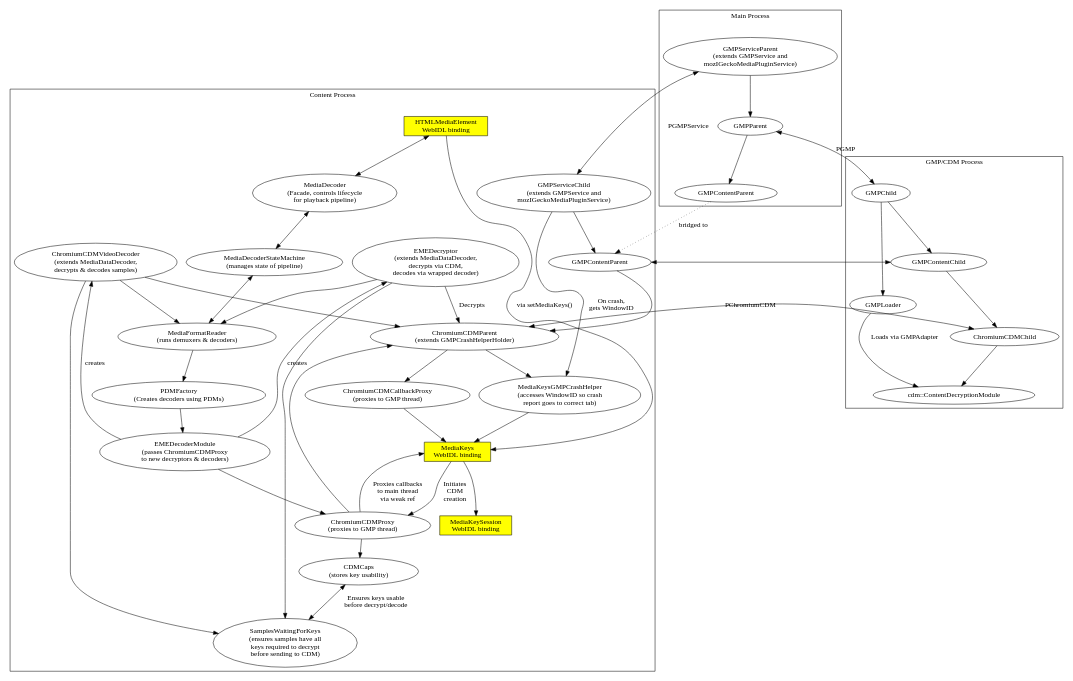
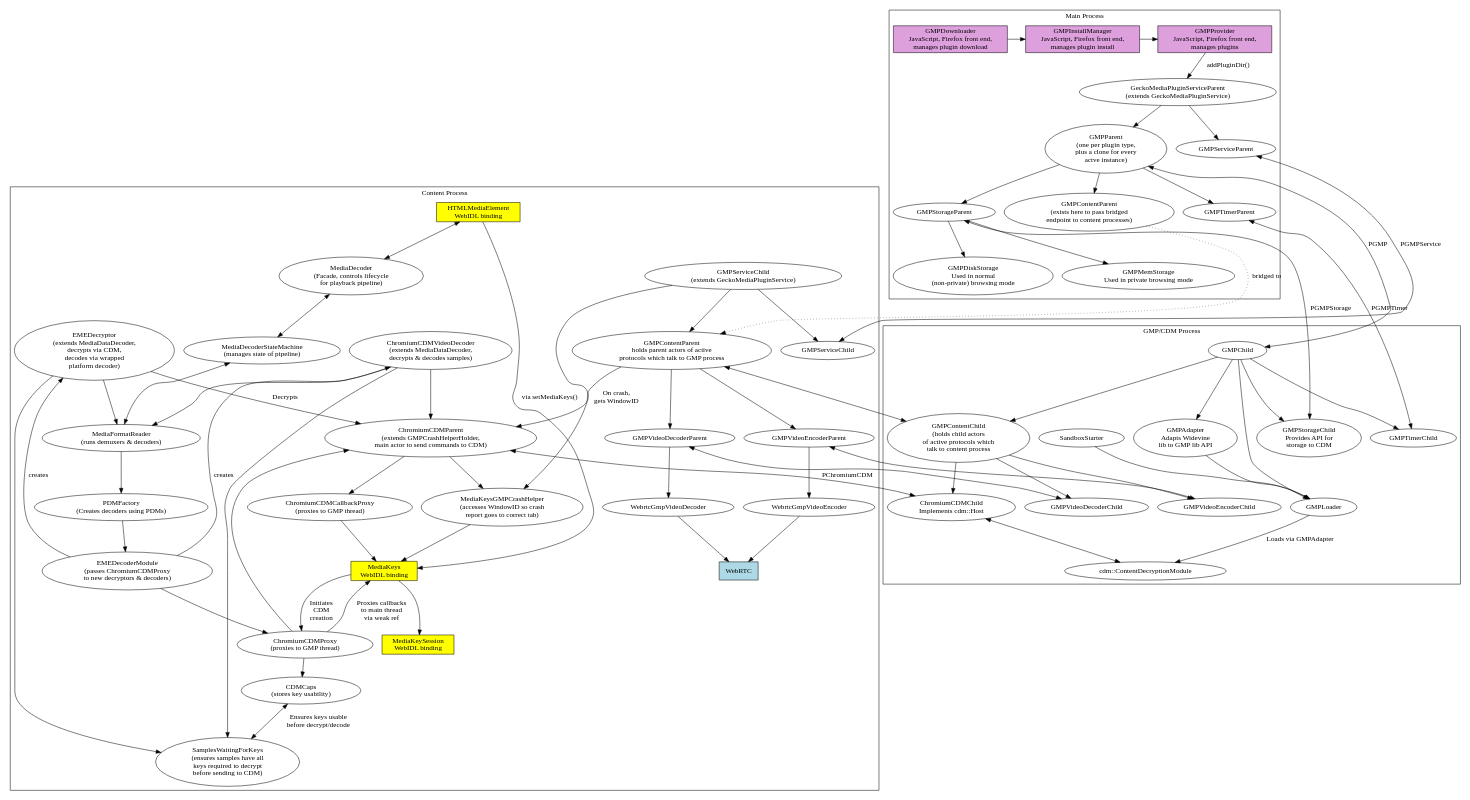
Before and after one commit to cpearce/gecko-media-plugins-architecture: the diagram in gmp.dot, drawn with Graphviz.

Commit message:
Add more details of GMP.

```diff
--- a/gmp.dot
+++ b/gmp.dot
@@ -1,91 +1,148 @@
 digraph {
     subgraph cluster_main_process {
         label = "Main Process";
-        GMPServiceParent -> GMPParent
+        GeckoMediaPluginServiceParent -> GMPParent
         GMPParent -> main_GMPContentParent
 
-        main_GMPContentParent [label="GMPContentParent"]
-        GMPServiceParent [label="GMPServiceParent\n(extends GMPService and\nmozIGeckoMediaPluginService)"]
+        main_GMPContentParent [label="GMPContentParent\n(exists here to pass bridged\nendpoint to content processes)"]
+        GeckoMediaPluginServiceParent [label="GeckoMediaPluginServiceParent\n(extends GeckoMediaPluginService)"]
+        GMPParent [label="GMPParent\n(one per plugin type,\nplus a clone for every\nactve instance)"]
+
+        GeckoMediaPluginServiceParent -> GMPServiceParent
+        GMPParent -> GMPStorageParent
+        GMPStorageParent [label="GMPStorageParent"]
+        GMPParent -> GMPTimerParent
+
+        GMPProvider [label="GMPProvider\nJavaScript, Firefox front end,\nmanages plugins", shape=box, style=filled, fillcolor=plum]
+        GMPInstallManager [label="GMPInstallManager\nJavaScript, Firefox front end,\nmanages plugin install", shape=box, style=filled, fillcolor=plum]
+        GMPDownloader [label="GMPDownloader\nJavaScript, Firefox front end,\nmanages plugin download", shape=box, style=filled, fillcolor=plum]
+        GMPProvider -> GeckoMediaPluginServiceParent [label="  addPluginDir()"]
+        GMPDownloader -> GMPInstallManager
+        GMPInstallManager -> GMPProvider
+        {rank=same GMPProvider GMPInstallManager GMPDownloader}
+
+        GMPDiskStorage [label="GMPDiskStorage\nUsed in normal\n(non-private) browsing mode"]
+        GMPMemStorage [label="GMPMemStorage\nUsed in private browsing mode"]
+
+        GMPStorageParent -> GMPDiskStorage
+        GMPStorageParent -> GMPMemStorage
     }
 
     main_GMPContentParent -> content_GMPContentParent [style=dotted, label="bridged to"]
 
     subgraph cluster_gmp_process {
         label = "GMP/CDM Process"
+
+        GMPAdapter [label="GMPAdapter\nAdapts Widevine\nlib to GMP lib API"]
+        GMPStorageChild [label="GMPStorageChild\nProvides API for\n storage to CDM"]
+        ChromiumCDMChild [label="ChromiumCDMChild\nImplements cdm::Host"]
+
         GMPChild -> GMPLoader
+        GMPChild -> GMPAdapter
+        GMPAdapter -> GMPLoader
         GMPLoader -> cdm [label="Loads via GMPAdapter"]
+        SandboxStarter -> GMPLoader
 
         cdm [label="cdm::ContentDecryptionModule"]
         GMPChild -> GMPContentChild
+        GMPChild -> GMPTimerChild
+        GMPChild -> GMPStorageChild
+
         GMPContentChild -> ChromiumCDMChild
+        GMPContentChild -> GMPVideoDecoderChild
+        GMPContentChild -> GMPVideoEncoderChild
+
+        edge[dir=both]
         ChromiumCDMChild -> cdm
+        GMPContentChild [label="GMPContentChild\n(holds child actors\n of active protocols which\ntalk to content process"]
     }
 
     subgraph cluster_content_process {
         label = "Content Process"
 
-        content_GMPContentParent [label="GMPContentParent"]
+        GMPServiceChild
+        GeckoMediaPluginServiceChild -> GMPServiceChild
+
+        WebRTC [label="WebRTC", shape=box, style=filled, fillcolor=lightblue]
+
+        content_GMPContentParent [label="GMPContentParent\nholds parent actors of active\nprotocols which talk to GMP process"]
         ChromiumCDMProxy [label="ChromiumCDMProxy\n(proxies to GMP thread)"]
         ChromiumCDMCallbackProxy [label="ChromiumCDMCallbackProxy\n(proxies to GMP thread)"]
         CDMCaps [label="CDMCaps\n(stores key usability)"]
         SamplesWaitingForKeys [label="SamplesWaitingForKeys\n(ensures samples have all\nkeys required to decrypt\nbefore sending to CDM)"]
         ChromiumCDMVideoDecoder [label="ChromiumCDMVideoDecoder\n(extends MediaDataDecoder,\ndecrypts & decodes samples)"]
-        EMEDecryptor [label="EMEDecryptor\n(extends MediaDataDecoder,\ndecrypts via CDM,\ndecodes via wrapped decoder)"]
+        EMEDecryptor [label="EMEDecryptor\n(extends MediaDataDecoder,\ndecrypts via CDM,\ndecodes via wrapped\nplatform decoder)"]
         MediaKeys [label="MediaKeys\nWebIDL binding", shape=box, style=filled, fillcolor=yellow]
         MediaKeySession [label="MediaKeySession\nWebIDL binding", shape=box, style=filled, fillcolor=yellow]
         HTMLMediaElement [label="HTMLMediaElement\nWebIDL binding", shape=box, style=filled, fillcolor=yellow]
         MediaKeysGMPCrashHelper [label="MediaKeysGMPCrashHelper\n(accesses WindowID so crash\nreport goes to correct tab)"]
-        ChromiumCDMParent [label="ChromiumCDMParent\n(extends GMPCrashHelperHolder)"]
-        GMPServiceChild [label="GMPServiceChild\n(extends GMPService and\nmozIGeckoMediaPluginService)"]
+        ChromiumCDMParent [label="ChromiumCDMParent\n(extends GMPCrashHelperHolder,\nmain actor to send commands to CDM)"]
+        GeckoMediaPluginServiceChild [label="GMPServiceChild\n(extends GeckoMediaPluginService)"]
         EMEDecoderModule [label="EMEDecoderModule\n(passes ChromiumCDMProxy\nto new decryptors & decoders)"]
         MediaDecoder [label="MediaDecoder\n(Facade, controls lifecycle\nfor playback pipeline)"]
         PDMFactory [label="PDMFactory\n(Creates decoders using PDMs)"]
         MediaDecoderStateMachine [label="MediaDecoderStateMachine\n(manages state of pipeline)"]
         MediaFormatReader [label="MediaFormatReader\n(runs demuxers & decoders)"]
 
-        GMPServiceChild -> content_GMPContentParent
+        GeckoMediaPluginServiceChild -> content_GMPContentParent
         content_GMPContentParent -> ChromiumCDMParent
         ChromiumCDMParent -> ChromiumCDMCallbackProxy
         ChromiumCDMCallbackProxy -> MediaKeys
         ChromiumCDMProxy -> MediaKeys [label="Proxies callbacks\nto main thread\nvia weak ref"]
         ChromiumCDMProxy -> ChromiumCDMParent
         ChromiumCDMProxy -> CDMCaps
         ChromiumCDMVideoDecoder -> ChromiumCDMParent
         EMEDecryptor -> ChromiumCDMParent [label="Decrypts"]
         EMEDecryptor -> MediaFormatReader
         ChromiumCDMVideoDecoder -> SamplesWaitingForKeys
         ChromiumCDMVideoDecoder -> MediaFormatReader
         EMEDecryptor -> SamplesWaitingForKeys
         {rank=same EMEDecryptor ChromiumCDMVideoDecoder}
 
-        // MediaDataDemuxer -> MediaFormatReader
-        // {rank=same MediaDataDemuxer MediaDataDecoder}
-
         MediaKeys -> MediaKeySession
         MediaKeys -> ChromiumCDMProxy [label="Initiates\nCDM\ncreation"]
         MediaKeysGMPCrashHelper -> MediaKeys
         ChromiumCDMParent -> MediaKeysGMPCrashHelper
-        GMPServiceChild -> MediaKeysGMPCrashHelper [label="On crash,\ngets WindowID"]
+        GeckoMediaPluginServiceChild -> MediaKeysGMPCrashHelper [label="On crash,\ngets WindowID"]
         HTMLMediaElement -> MediaKeys [label="via setMediaKeys()"]
 
         EMEDecoderModule -> EMEDecryptor [label="creates"]
         EMEDecoderModule -> ChromiumCDMVideoDecoder [label="creates"]
         EMEDecoderModule -> ChromiumCDMProxy
 
         MediaFormatReader -> PDMFactory
         PDMFactory -> EMEDecoderModule
+
+        content_GMPContentParent -> GMPVideoDecoderParent
+        content_GMPContentParent -> GMPVideoEncoderParent
+
+        GMPVideoDecoderParent -> WebrtcGmpVideoDecoder
+        GMPVideoEncoderParent -> WebrtcGmpVideoEncoder
+
+        WebrtcGmpVideoDecoder -> WebRTC
+        WebrtcGmpVideoEncoder -> WebRTC
 
         edge[dir=both]
         CDMCaps -> SamplesWaitingForKeys [label="Ensures keys usable\nbefore decrypt/decode"]
         HTMLMediaElement -> MediaDecoder
         MediaDecoder -> MediaDecoderStateMachine
         MediaDecoderStateMachine -> MediaFormatReader
     }
 
     edge[dir=both]
     GMPParent -> GMPChild [label=PGMP]
-    GMPServiceChild -> GMPServiceParent [label="PGMPService"]
+    GMPServiceParent -> GMPServiceChild [label="PGMPService"]
     ChromiumCDMParent -> ChromiumCDMChild [label="PChromiumCDM"]
     GMPContentChild -> content_GMPContentParent
+    GMPStorageParent -> GMPStorageChild [label="PGMPStorage"]
+    GMPTimerParent -> GMPTimerChild [label="PGMPTimer"]
 
+    GMPVideoDecoderParent -> GMPVideoDecoderChild
+    GMPVideoEncoderParent -> GMPVideoEncoderChild
+
+    // Invisible edge to force GeckoMediaPluginService{Child,Parent} to be closer
+    edge[style=invis]
+    GeckoMediaPluginServiceParent -> GeckoMediaPluginServiceChild
+    edge[style=invis]
+    GMPDiskStorage -> GMPChild
 }
```
